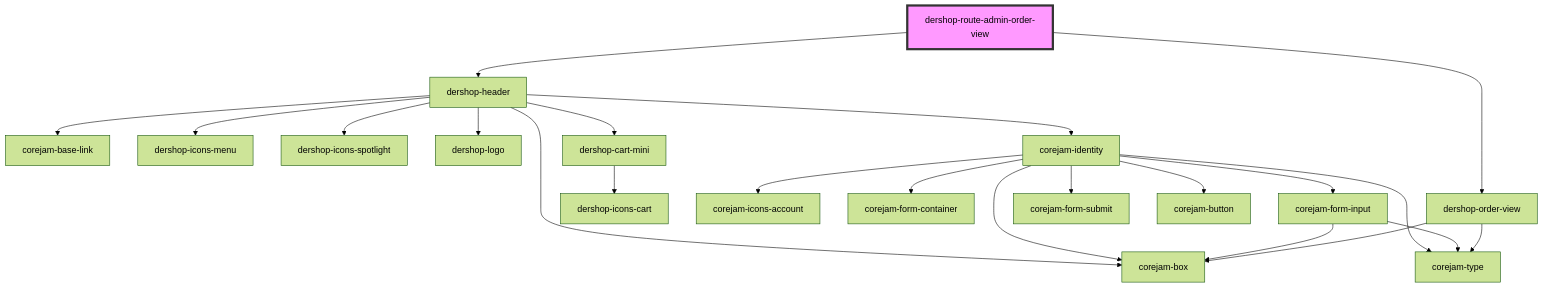
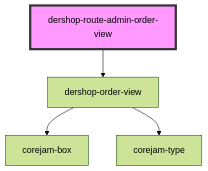
The diagram in packages/plugins/dershop/app/routes/admin/order/view/readme.md (corejam/corejam), drawn with Mermaid (forest theme) before and after one commit. The commit also changed other lines of this file and 10 other files, not shown here.

Commit message:
submit order through state machine

````diff
--- a/packages/plugins/dershop/app/routes/admin/order/view/readme.md
+++ b/packages/plugins/dershop/app/routes/admin/order/view/readme.md
@@ -23,25 +22,7 @@
 ```mermaid
 graph TD;
-  dershop-route-admin-order-view --> dershop-header
   dershop-route-admin-order-view --> dershop-order-view
-  dershop-header --> corejam-box
-  dershop-header --> corejam-base-link
-  dershop-header --> dershop-icons-menu
-  dershop-header --> dershop-icons-spotlight
-  dershop-header --> dershop-logo
-  dershop-header --> dershop-cart-mini
-  dershop-header --> corejam-identity
-  dershop-cart-mini --> dershop-icons-cart
-  corejam-identity --> corejam-box
-  corejam-identity --> corejam-type
-  corejam-identity --> corejam-icons-account
-  corejam-identity --> corejam-form-container
-  corejam-identity --> corejam-form-input
-  corejam-identity --> corejam-form-submit
-  corejam-identity --> corejam-button
-  corejam-form-input --> corejam-box
-  corejam-form-input --> corejam-type
   dershop-order-view --> corejam-box
   dershop-order-view --> corejam-type
   style dershop-route-admin-order-view fill:#f9f,stroke:#333,stroke-width:4px
 ```
````
